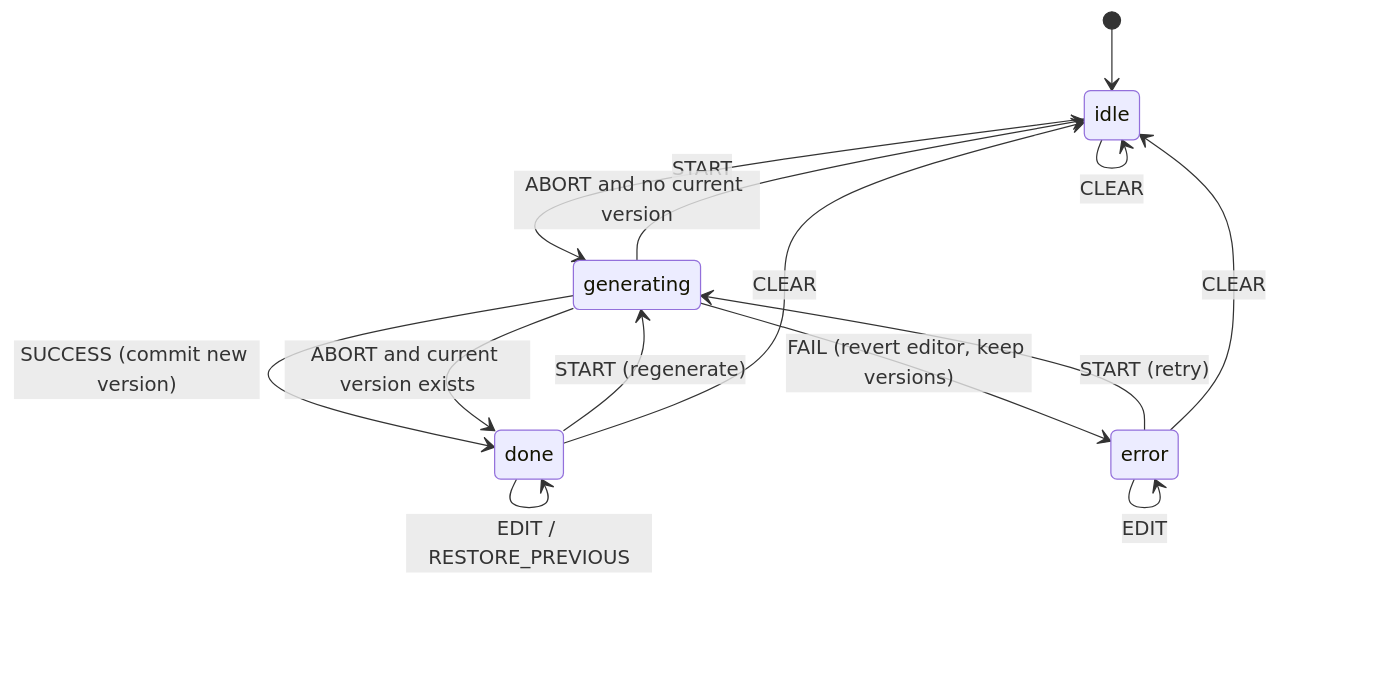
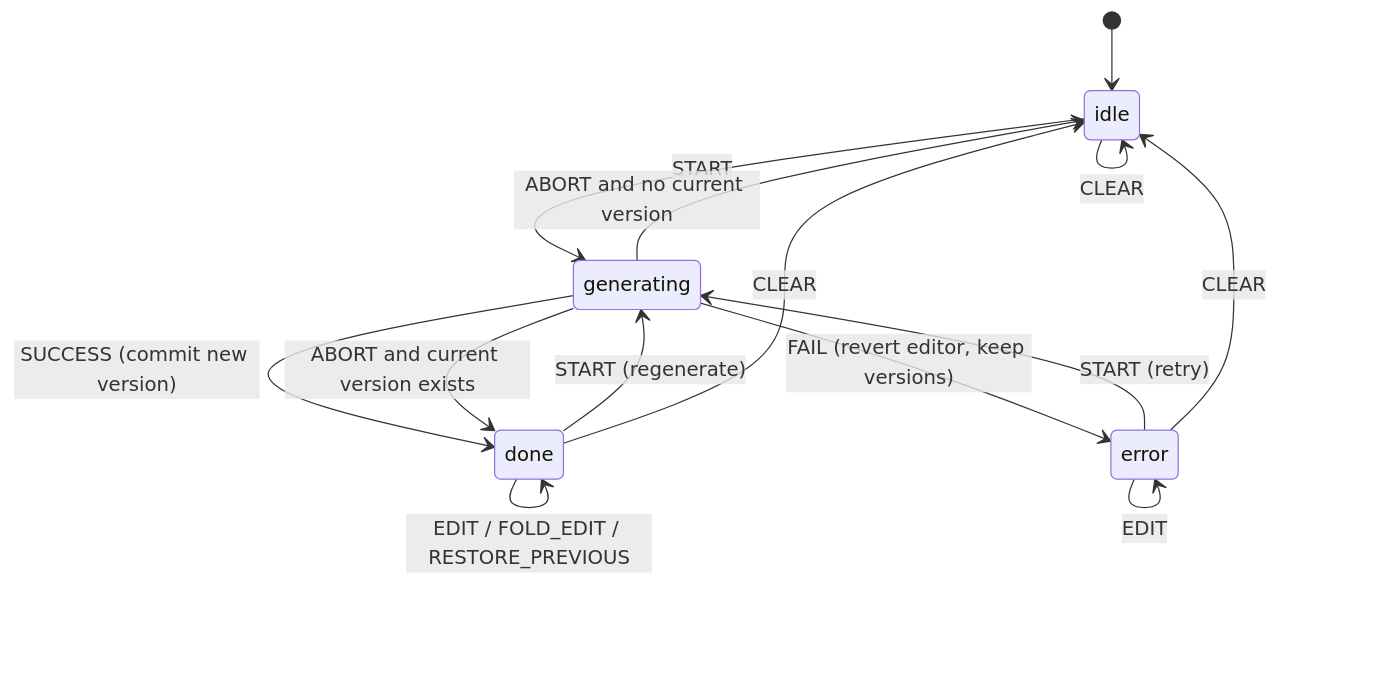
Before and after one commit to revanth7667/RefractBio: the second of 2 diagrams in SPEC.md, drawn with Mermaid. The commit also changed other lines of this file, not shown here.

````diff
--- a/SPEC.md
+++ b/SPEC.md
@@ -1167,16 +1173,16 @@
 ```mermaid
 stateDiagram-v2
   [*] --> idle
   idle --> generating: START
   done --> generating: START (regenerate)
   error --> generating: START (retry)
   generating --> done: SUCCESS (commit new version)
   generating --> error: FAIL (revert editor, keep versions)
   generating --> idle: ABORT and no current version
   generating --> done: ABORT and current version exists
-  done --> done: EDIT / RESTORE_PREVIOUS
+  done --> done: EDIT / FOLD_EDIT / RESTORE_PREVIOUS
   error --> error: EDIT
   idle --> idle: CLEAR
   done --> idle: CLEAR
   error --> idle: CLEAR
 ```
````
